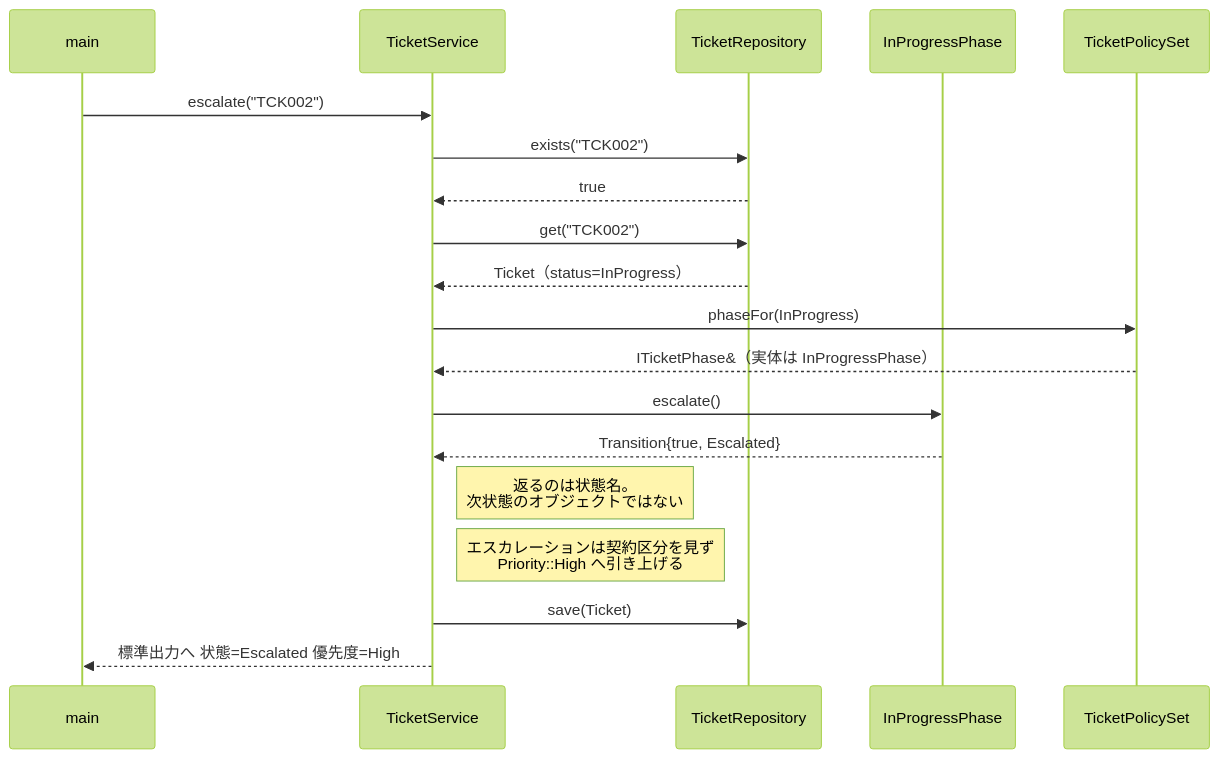
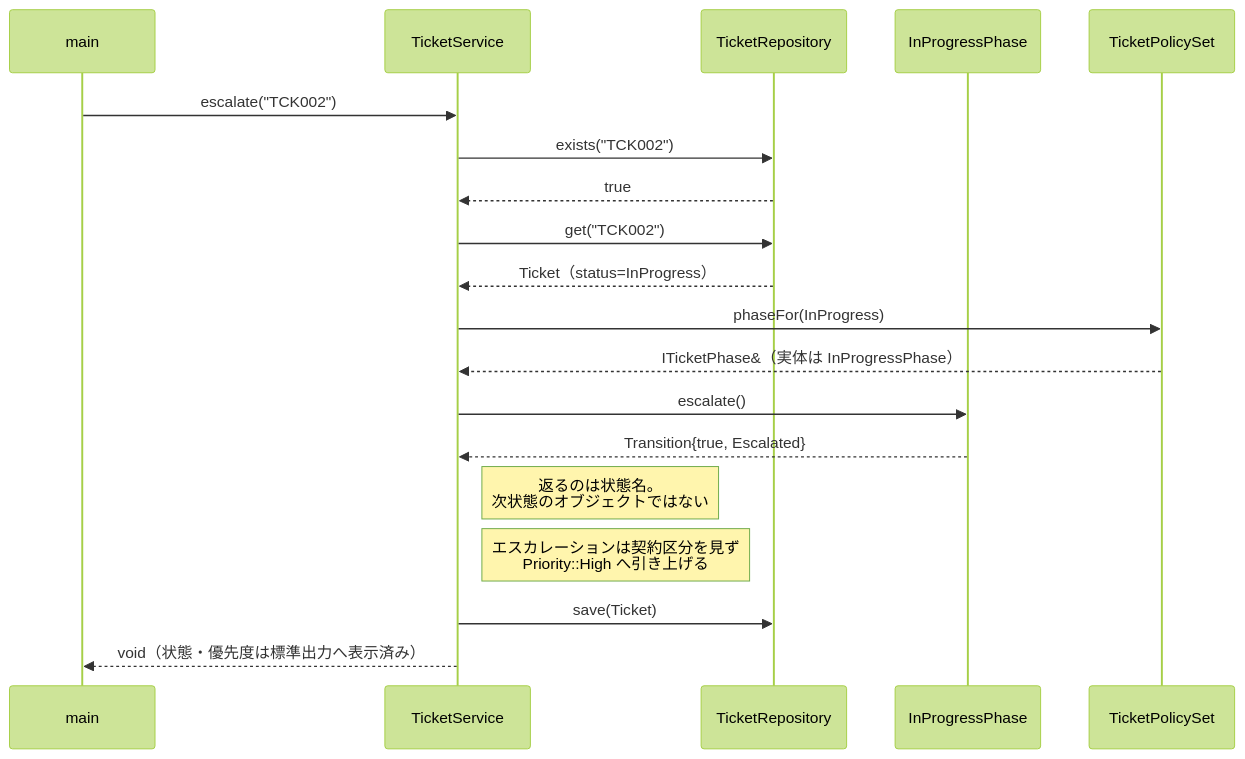
Before and after one commit to kumachan1101-pixel/DesignPattern: diagram 17 of 22 in kindle/design-patterns/output/chapter09_2.md, drawn with Mermaid (forest theme). The commit also changed other lines of this file and 28 other files, not shown here.

Commit message:
docs: simplify phase 6 design flow

````diff
--- a/kindle/design-patterns/output/chapter09_2.md
+++ b/kindle/design-patterns/output/chapter09_2.md
@@ -2403,21 +2344,21 @@
 ```mermaid
 sequenceDiagram
     participant Main as main
     participant Svc as TicketService
     participant Repo as TicketRepository
     participant Ph as InProgressPhase
     participant Set as TicketPolicySet
     Main->>Svc: escalate("TCK002")
     Svc->>Repo: exists("TCK002")
     Repo-->>Svc: true
     Svc->>Repo: get("TCK002")
     Repo-->>Svc: Ticket（status=InProgress）
     Svc->>Set: phaseFor(InProgress)
     Set-->>Svc: ITicketPhase&（実体は InProgressPhase）
     Svc->>Ph: escalate()
     Ph-->>Svc: Transition{true, Escalated}
     Note right of Svc: 返るのは状態名。<br/>次状態のオブジェクトではない
     Note right of Svc: エスカレーションは契約区分を見ず<br/>Priority::High へ引き上げる
     Svc->>Repo: save(Ticket)
-    Svc-->>Main: 標準出力へ 状態=Escalated 優先度=High
+    Svc-->>Main: void（状態・優先度は標準出力へ表示済み）
 ```
````
